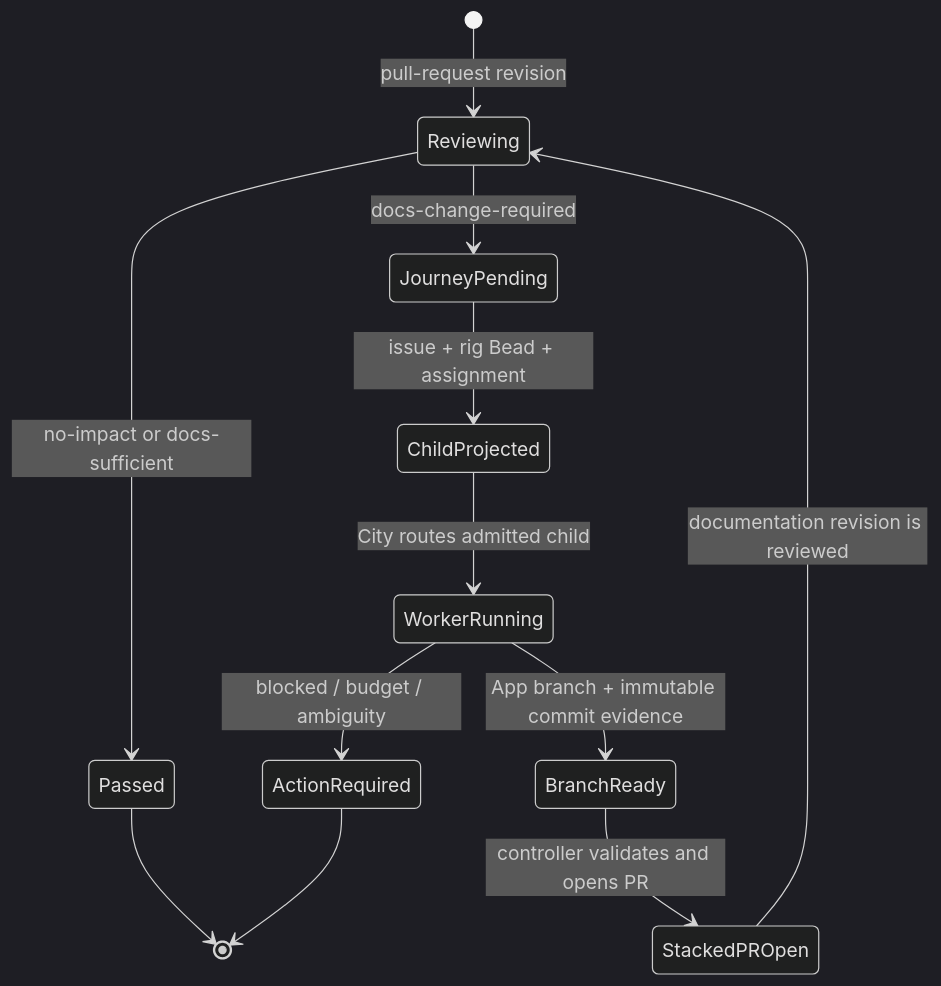
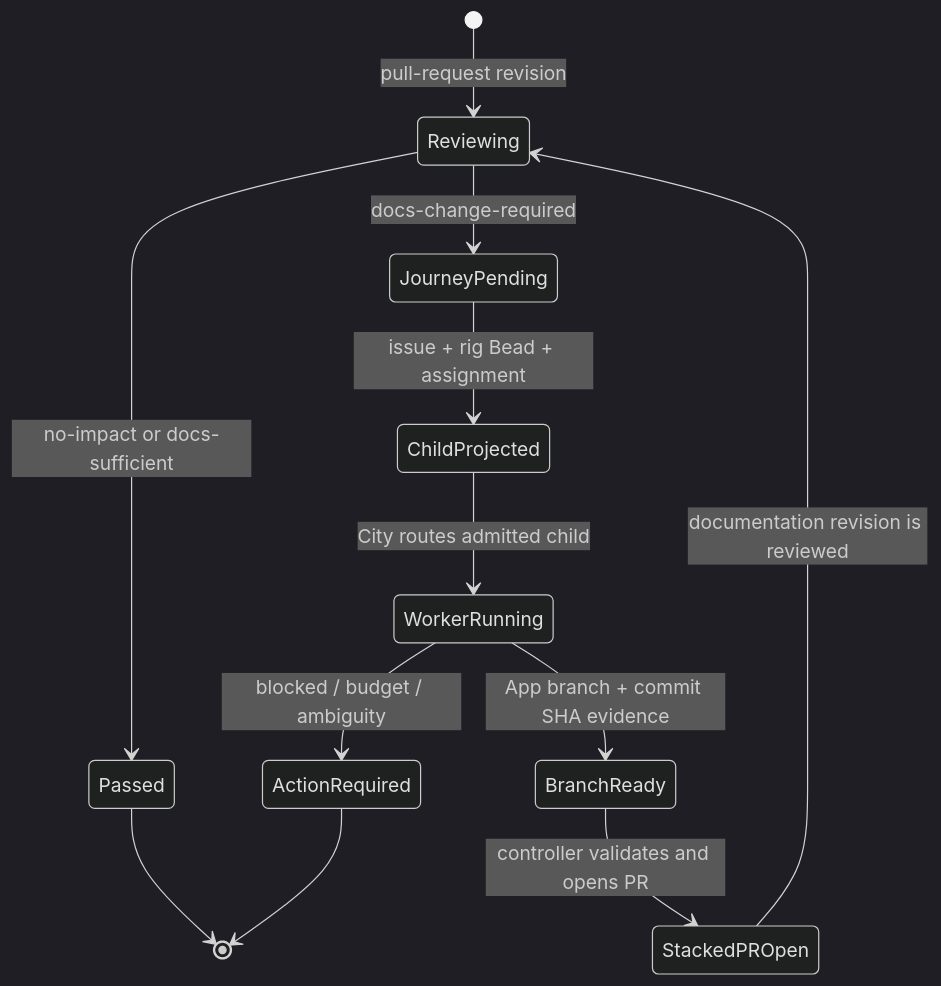
One commit to allenday/gascity-packs changed the diagram in github/README.md. Above: the diagram before and after it, drawn with Mermaid (dark theme). The commit also changed other lines of this file and 2 other files, not shown here.

Commit message:
docs(github): clarify docs journey branch evidence

````diff
--- a/github/README.md
+++ b/github/README.md
@@ -115,14 +115,14 @@
 ```mermaid
 stateDiagram-v2
     [*] --> Reviewing: pull-request revision
     Reviewing --> Passed: no-impact or docs-sufficient
     Reviewing --> JourneyPending: docs-change-required
     JourneyPending --> ChildProjected: issue + rig Bead + assignment
     ChildProjected --> WorkerRunning: City routes admitted child
-    WorkerRunning --> BranchReady: App branch + immutable commit evidence
+    WorkerRunning --> BranchReady: App branch + commit SHA evidence
     WorkerRunning --> ActionRequired: blocked / budget / ambiguity
     BranchReady --> StackedPROpen: controller validates and opens PR
     StackedPROpen --> Reviewing: documentation revision is reviewed
     Passed --> [*]
     ActionRequired --> [*]
 ```
````
